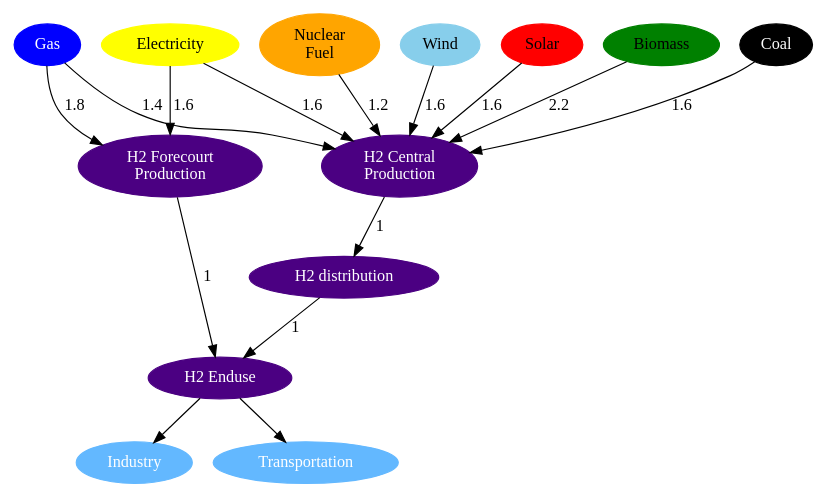
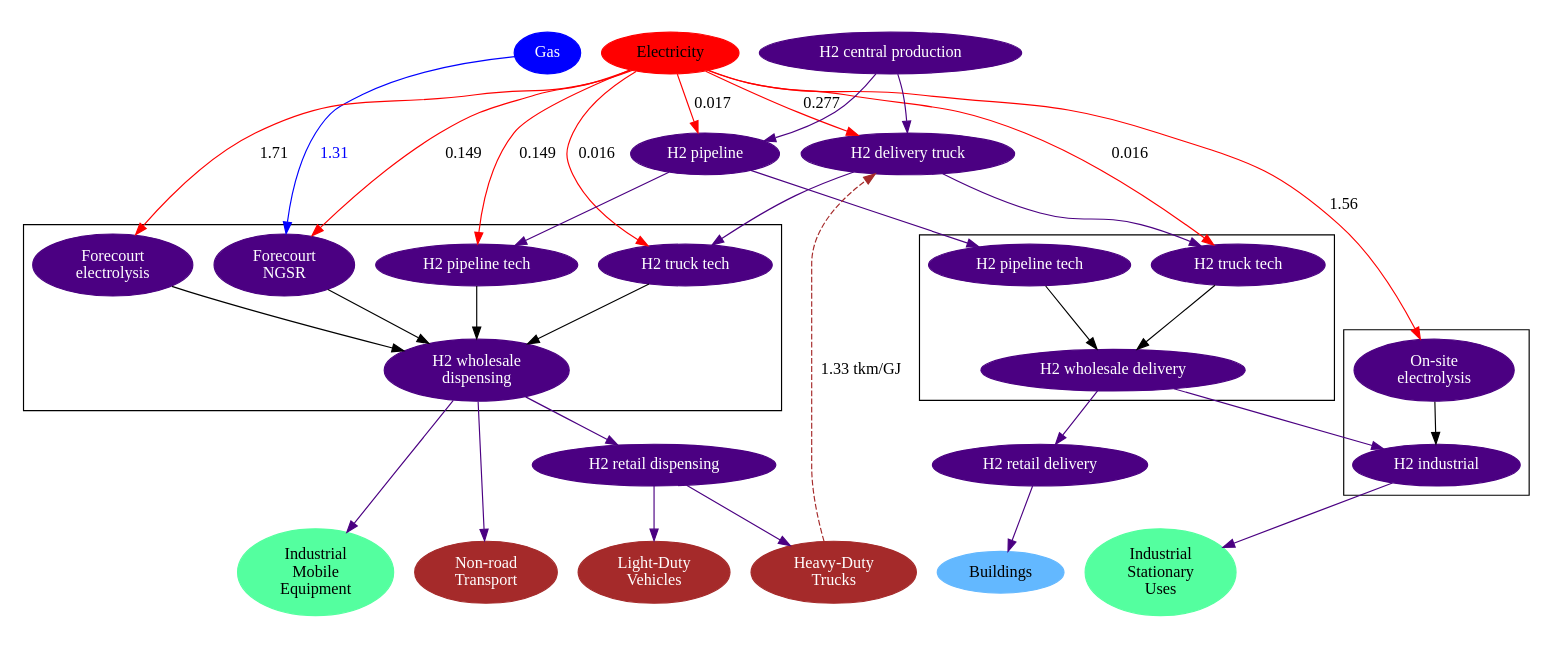
One commit to JGCRI/gcam-doc changed the diagram in gcam-figs/hydrogen.dot. Above: the diagram before and after it, drawn with Graphviz. The commit also changed 3 other files, not shown here.

```diff
--- a/gcam-figs/hydrogen.dot
+++ b/gcam-figs/hydrogen.dot
@@ -1,35 +1,85 @@
-digraph hydrogen{
-	regional_biomass[label = "Biomass", color=green,style=filled];
-	regional_coal[label = "Coal", color=black, fontcolor = white, style=filled];
-	regional_natural_gas[label = "Gas",color=blue, fontcolor = white, style=filled];
-	elect_td_ind[label = "Electricity", color=yellow;style=filled];
-	nuclearFuelGenX[label = "Nuclear\nFuel", color=orange,style=filled];
-	wind[label = "Wind", color=skyblue,style=filled];
-	solar[label = "Solar", color=red,style=filled];
+digraph asdf{
+	subgraph cluster1{
+		color = white;
+		gas[label = "Gas", style = filled, color = blue, fontcolor = white];
+		electricity[label = "Electricity", style = filled, color = red];
+		h2_central[label = "H2 central production", style = filled, color = indigo, fontcolor = white];
+	}
 
-	h2_central_production[label = "H2 Central\nProduction", color=indigo,style=filled;fontcolor=white];
-	h2_distribution[label = "H2 distribution", color=indigo,style=filled;fontcolor=white];
-	h2_forecourt_production[label = "H2 Forecourt\nProduction", color=indigo,style=filled;fontcolor=white];
-	h2_enduse[label = "H2 Enduse", color=indigo,style=filled;fontcolor=white];
+	h2_pipe[label = "H2 pipeline", style = filled, color = indigo, fontcolor = white];
+	h2_truck[label = "H2 delivery truck", style = filled, color = indigo, fontcolor = white];
+	h2_del_retail[label = "H2 retail delivery", style = filled, color = indigo, fontcolor = white]
+	h2_disp_retail[label = "H2 retail dispensing", style = filled, color = indigo, fontcolor = white];
 
-	industry[label = "Industry", color=steelblue1;style=filled;fontcolor=white];
-	transportation[label = "Transportation", color=steelblue1;style=filled;fontcolor=white];
+	subgraph cluster2{
+		h2_disp[label = "H2 wholesale\ndispensing", style = filled, color = indigo, fontcolor = white];
+		h2_disp_fc_elec[label = "Forecourt\nelectrolysis", style = filled, color = indigo, fontcolor = white];
+		h2_disp_fc_gas[label = "Forecourt\nNGSR", style = filled, color = indigo, fontcolor = white];
+		h2_disp_pipeline[label = "H2 pipeline tech", style = filled, color = indigo, fontcolor = white];
+		h2_disp_truck[label = "H2 truck tech", style = filled, color = indigo, fontcolor = white];
+		
+		h2_disp_fc_elec->h2_disp;
+		h2_disp_fc_gas->h2_disp;
+		h2_disp_pipeline->h2_disp;
+		h2_disp_truck->h2_disp;
+	}
+	subgraph cluster3{
+		h2_del_pipeline[label = "H2 pipeline tech", style = filled, color = indigo, fontcolor = white];
+		h2_del_truck[label = "H2 truck tech", style = filled, color = indigo, fontcolor = white];
+		h2_del[label = "H2 wholesale delivery", style = filled, color = indigo, fontcolor = white]
 
-	regional_biomass->h2_central_production[label = 2.2];
-	regional_coal->h2_central_production[label = 1.6];
-	regional_natural_gas->h2_central_production[label = 1.4];
-	elect_td_ind->h2_central_production[label = 1.6];
-	nuclearFuelGenX->h2_central_production[label = 1.2];
-	wind->h2_central_production[label = 1.6];
-	solar->h2_central_production[label = 1.6];
+		h2_del_pipeline->h2_del;
+		h2_del_truck->h2_del;
 
-	regional_natural_gas->h2_forecourt_production[label = 1.8];
-	elect_td_ind->h2_forecourt_production[label = 1.6];
+	}
+	
+	subgraph cluster4{
+		h2_ind[label = "H2 industrial", style = filled, color = indigo, fontcolor = white]
+		h2_ind_fc_elec[label = "On-site\nelectrolysis", style = filled, color = indigo, fontcolor = white];
+		
+		h2_ind_fc_elec->h2_ind;
+	}
+	
+	subgraph cluster5{
+		color = white;
+		industry[label = "Industrial\nStationary\nUses", style = filled, color = seagreen1];
+		mobile[label = "Industrial\nMobile\nEquipment", style = filled, color = seagreen1];
+		truck[label = "Heavy-Duty\nTrucks", style = filled, color = brown, fontcolor = white]
+		ldv[label = "Light-Duty\nVehicles", style = filled, color = brown, fontcolor = white]
+		nonroad[label = "Non-road\nTransport", style = filled, color = brown, fontcolor = white]
+		bld[label = "Buildings", style = filled, color = steelblue1];
+	}
+	
+	gas->h2_disp_fc_gas[label = "1.31", color=blue, fontcolor = blue];
+	electricity->h2_disp_fc_gas[label = "0.149", color = red];
+	electricity->h2_disp_fc_elec[label = "1.71", color = red];
 
-	h2_central_production->h2_distribution[label = 1];
-	h2_distribution->h2_enduse[label = 1];
-	h2_forecourt_production->h2_enduse[label = 1];
+	electricity->h2_ind_fc_elec[label = "1.56", color = red];
+	
+	h2_central->h2_pipe[color = indigo];
+	electricity->h2_pipe[label = "0.017", color = red];
+	h2_central->h2_truck[color = indigo];
+	electricity->h2_truck[label = "0.277", color = red];
+	truck->h2_truck[label = "1.33 tkm/GJ", style = "dashed", color = brown];
+	h2_pipe->h2_del_pipeline[color = indigo];
+	h2_truck->h2_del_truck[color = indigo];
+	h2_pipe->h2_disp_pipeline[color = indigo];
+	electricity->h2_disp_pipeline[label = "0.149", color = red];
+	electricity->h2_disp_truck[label = "0.016", color = red];
+	electricity->h2_del_truck[label = "0.016", color = red];
+	h2_truck->h2_disp_truck[color = indigo];
+	
+	h2_del->h2_del_retail[color = indigo];
+	h2_del->h2_ind[color = indigo];
+	h2_disp->h2_disp_retail[color = indigo];
+	
+	h2_del_retail->bld[color = indigo];
+	
+	h2_ind->industry[color = indigo];
+	
+	h2_disp->mobile[color = indigo];
+	h2_disp->nonroad[color = indigo];
+	h2_disp_retail->ldv[color = indigo];
+	h2_disp_retail->truck[color = indigo];
 
-	h2_enduse->industry;
-	h2_enduse->transportation;
 }
```
